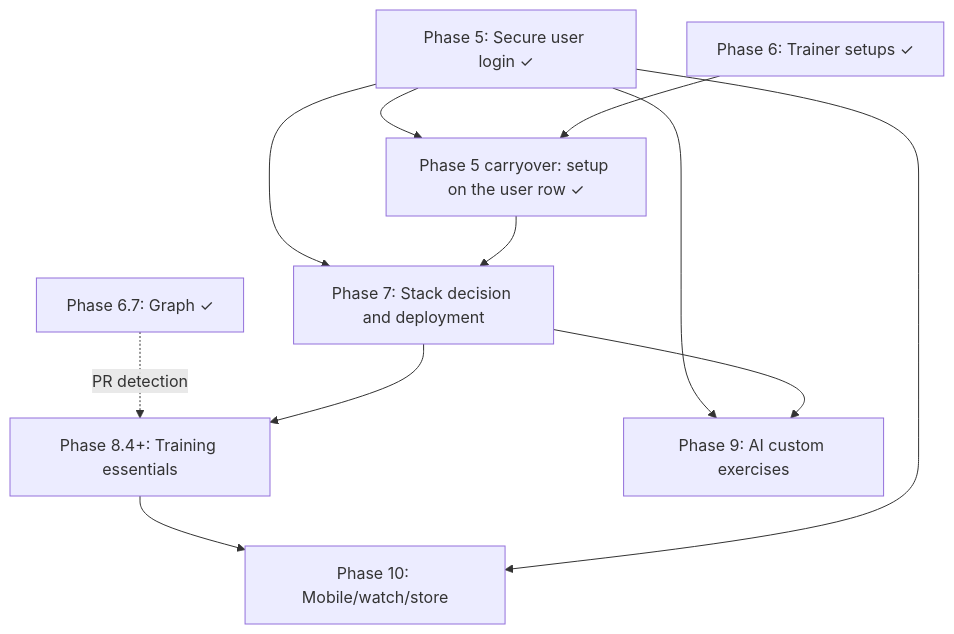
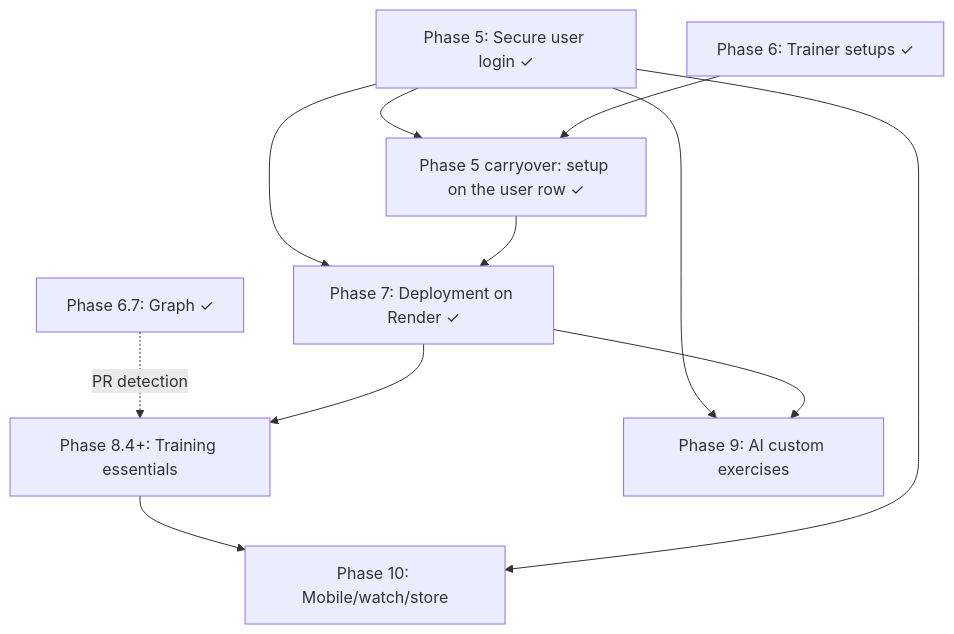
The diagram in docs/ROADMAP.md (justins-li/Body-Shop), drawn with Mermaid before and after one commit. The commit also changed other lines of this file and 5 other files, not shown here.

````diff
--- a/docs/ROADMAP.md
+++ b/docs/ROADMAP.md
@@ -179,13 +205,13 @@
 ```mermaid
 graph TD
   P5[Phase 5: Secure user login ✓] --> P5a[Phase 5 carryover: setup on the user row ✓]
   P6[Phase 6: Trainer setups ✓] --> P5a
   P67[Phase 6.7: Graph ✓] -.PR detection.-> P8
-  P5 --> P7[Phase 7: Stack decision and deployment]
+  P5 --> P7[Phase 7: Deployment on Render ✓]
   P5a --> P7
   P7 --> P8[Phase 8.4+: Training essentials]
   P5 --> P9[Phase 9: AI custom exercises]
   P7 --> P9
   P8 --> P10[Phase 10: Mobile/watch/store]
   P5 --> P10
 ```
````
